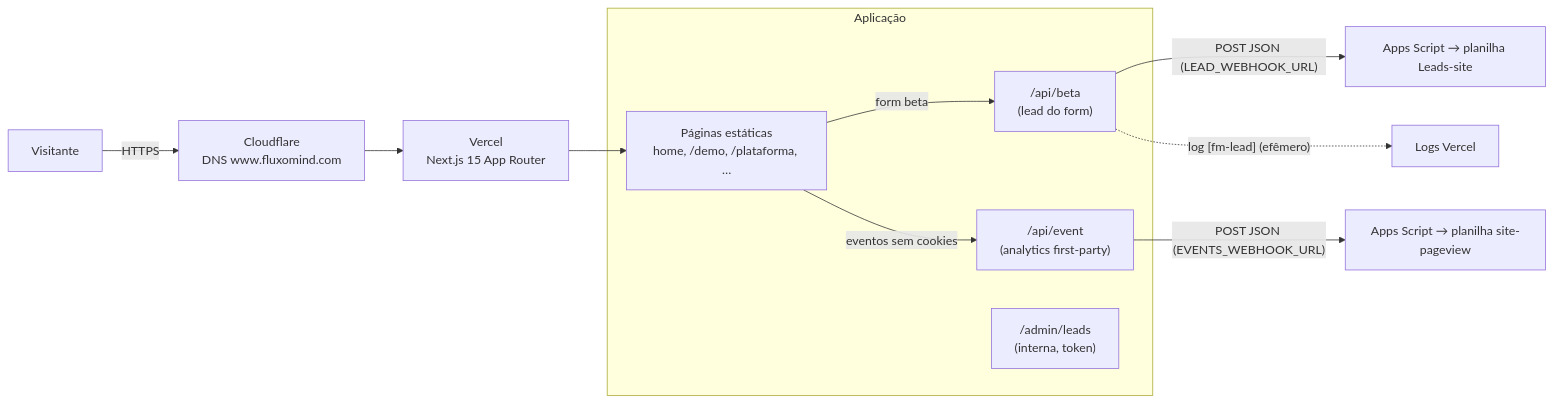
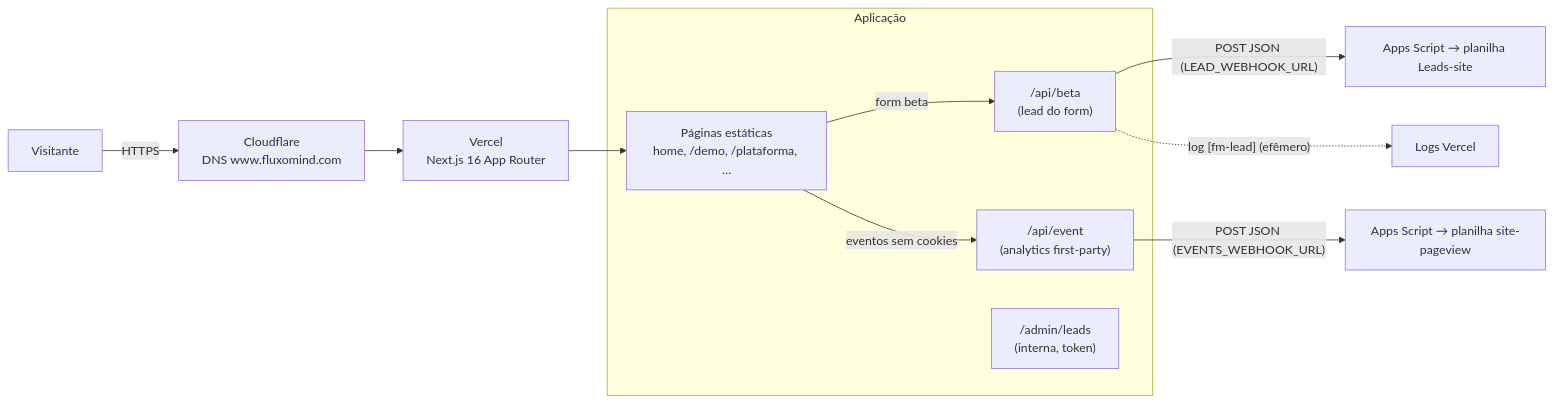
The diagram in docs/arquitetura.md (fluxomind/fluxomind-site), drawn with Mermaid before and after one commit. The commit also changed 139 other files, not shown here.

````diff
--- a/docs/arquitetura.md
+++ b/docs/arquitetura.md
@@ -8,20 +8,20 @@
 ```mermaid
 flowchart LR
   V[Visitante] -->|HTTPS| CF[Cloudflare<br/>DNS www.fluxomind.com]
-  CF --> VC[Vercel<br/>Next.js 15 App Router]
+  CF --> VC[Vercel<br/>Next.js 16 App Router]
 
   subgraph VC_APP [Aplicação]
     P[Páginas estáticas<br/>home, /demo, /plataforma, …]
     AB["/api/beta<br/>(lead do form)"]
     AE["/api/event<br/>(analytics first-party)"]
     AL["/admin/leads<br/>(interna, token)"]
   end
 
   VC --> P
   P -->|form beta| AB
   P -->|eventos sem cookies| AE
 
   AB -->|"POST JSON (LEAD_WEBHOOK_URL)"| GS1[Apps Script → planilha Leads-site]
   AE -->|"POST JSON (EVENTS_WEBHOOK_URL)"| GS2[Apps Script → planilha site-pageview]
   AB -.->|"log [fm-lead] (efêmero)"| LOGS[Logs Vercel]
 ```
````
